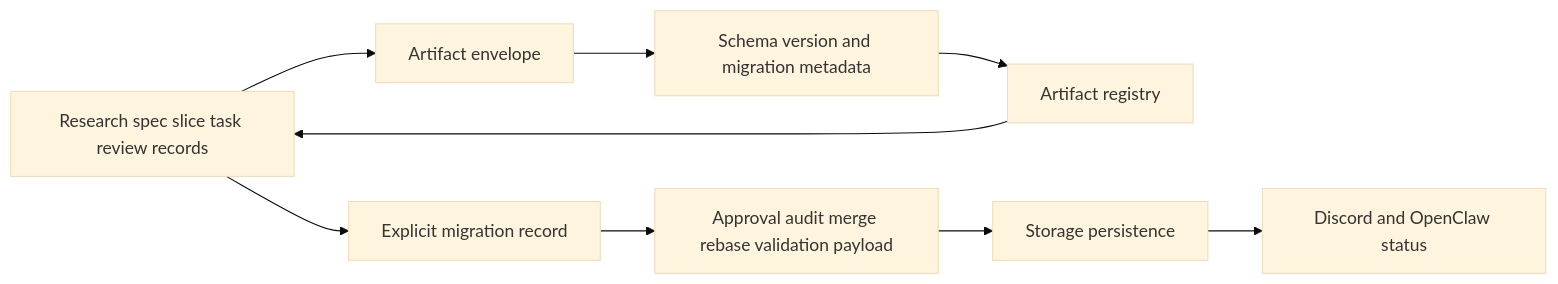
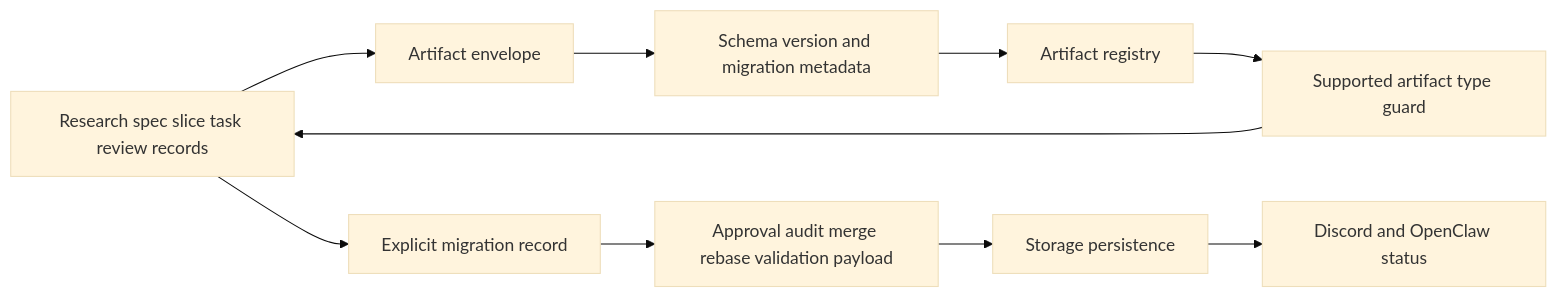
The diagram in packages/artifacts/README.md (VannaDii/ironloom), drawn with Mermaid (base theme) before and after one commit. The commit also changed other lines of this file and 3 other files, not shown here.

Commit message:
feat: enforce supported artifact validation

````diff
--- a/packages/artifacts/README.md
+++ b/packages/artifacts/README.md
@@ -11,11 +13,12 @@
 ```mermaid
 flowchart LR
   Lifecycle[Lifecycle service] --> Envelope[Artifact envelope]
   Envelope --> Version[Schema version and migration metadata]
   Version --> Registry[Artifact registry]
-  Registry --> Lifecycle[Research spec slice task review records]
+  Registry --> Supported[Supported artifact type guard]
+  Supported --> Lifecycle[Research spec slice task review records]
   Lifecycle --> Migration[Explicit migration record]
   Migration --> Payload[Approval audit merge rebase validation payload]
   Payload --> Storage[Storage persistence]
   Storage --> Operator[Discord and OpenClaw status]
 ```
````
